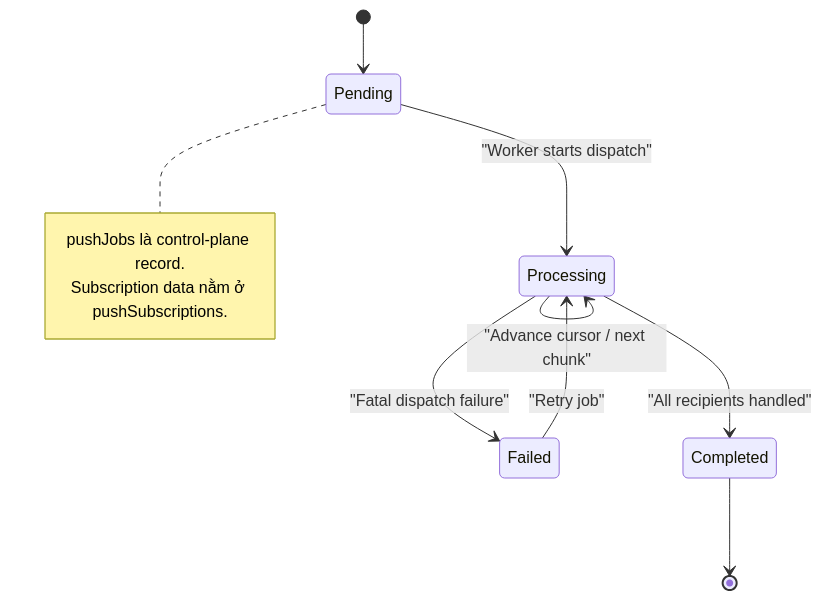
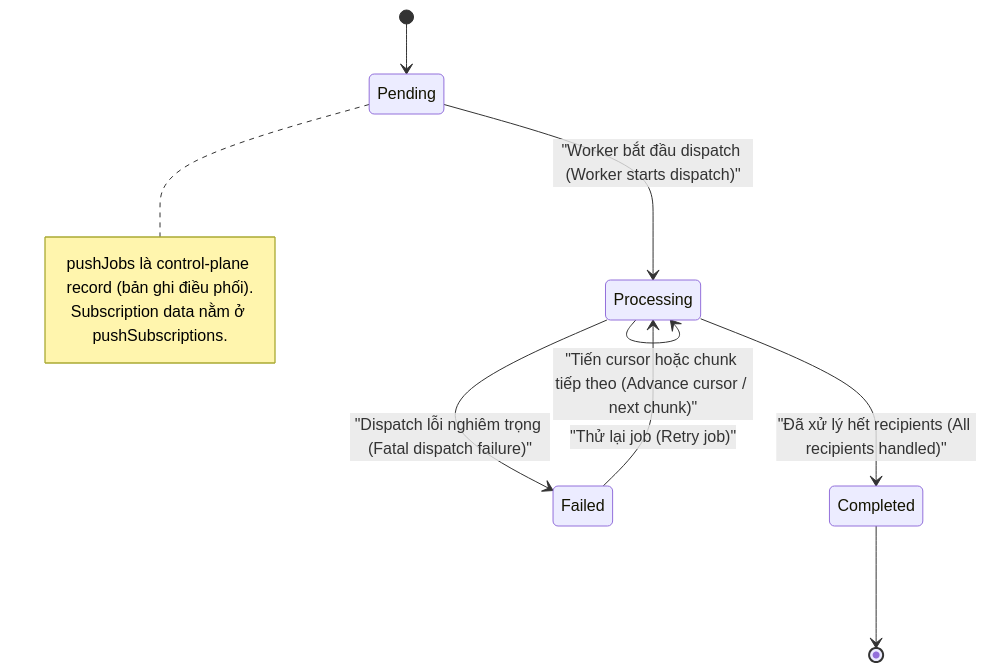
One commit to QuyenVjp/PMTL_VN changed the diagram in design/07-notification/push-job-state.mmd. Above: the diagram before and after it, drawn with Mermaid. The commit also changed 52 other files, not shown here.

```diff
--- a/design/07-notification/push-job-state.mmd
+++ b/design/07-notification/push-job-state.mmd
@@ -1,13 +1,13 @@
 stateDiagram-v2
     [*] --> Pending
-    Pending --> Processing: "Worker starts dispatch"
-    Processing --> Processing: "Advance cursor / next chunk"
-    Processing --> Completed: "All recipients handled"
-    Processing --> Failed: "Fatal dispatch failure"
-    Failed --> Processing: "Retry job"
+    Pending --> Processing: "Worker bắt đầu dispatch (Worker starts dispatch)"
+    Processing --> Processing: "Tiến cursor hoặc chunk tiếp theo (Advance cursor / next chunk)"
+    Processing --> Completed: "Đã xử lý hết recipients (All recipients handled)"
+    Processing --> Failed: "Dispatch lỗi nghiêm trọng (Fatal dispatch failure)"
+    Failed --> Processing: "Thử lại job (Retry job)"
     Completed --> [*]
 
     note right of Pending
-      pushJobs là control-plane record.
+      pushJobs là control-plane record (bản ghi điều phối).
       Subscription data nằm ở pushSubscriptions.
     end note
```
